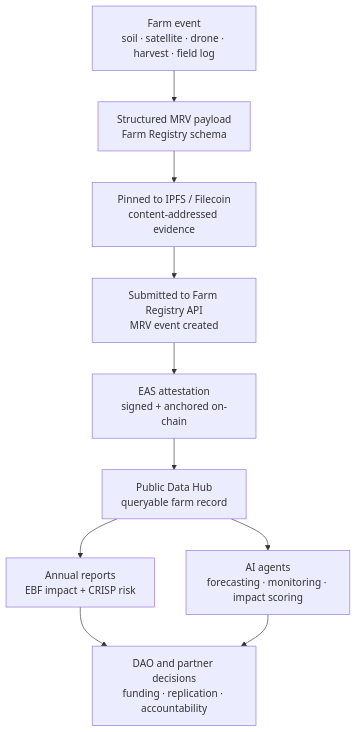
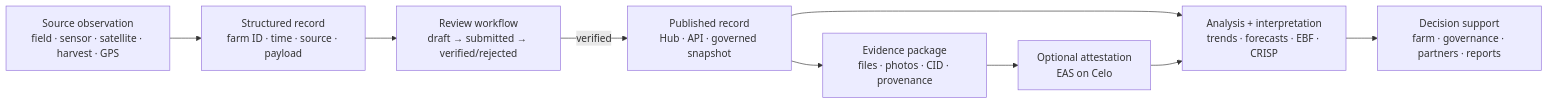
Before and after one commit to wasalo/Kokonut-Public-Site: the first of 3 diagrams in ecosystem-wiki/kokonut-farms/measurement-reporting-and-verification.mdx, drawn with Mermaid. The commit also changed other lines of this file, not shown here.

Commit message:
docs(kokonut-farms): improve MRV evidence model

````diff
--- a/ecosystem-wiki/kokonut-farms/measurement-reporting-and-verification.mdx
+++ b/ecosystem-wiki/kokonut-farms/measurement-reporting-and-verification.mdx
@@ -75,12 +51,11 @@
 ```mermaid
-flowchart TD
-    A["Farm event\nsoil · satellite · drone · harvest · field log"] --> B["Structured MRV payload\nFarm Registry schema"]
-    B --> C["Pinned to IPFS / Filecoin\ncontent-addressed evidence"]
-    C --> D["Submitted to Farm Registry API\nMRV event created"]
-    D --> E["EAS attestation\nsigned + anchored on-chain"]
-    E --> F["Public Data Hub\nqueryable farm record"]
-    F --> G["Annual reports\nEBF impact + CRISP risk"]
-    F --> H["AI agents\nforecasting · monitoring · impact scoring"]
-    G --> I["DAO and partner decisions\nfunding · replication · accountability"]
-    H --> I
+flowchart LR
+    A["Source observation<br/>field · sensor · satellite · harvest · GPS"] --> B["Structured record<br/>farm ID · time · source · payload"]
+    B --> C["Review workflow<br/>draft → submitted → verified/rejected"]
+    C -->|verified| D["Published record<br/>Hub · API · governed snapshot"]
+    D --> E["Evidence package<br/>files · photos · CID · provenance"]
+    E --> F["Optional attestation<br/>EAS on Celo"]
+    D --> G["Analysis + interpretation<br/>trends · forecasts · EBF · CRISP"]
+    F --> G
+    G --> H["Decision support<br/>farm · governance · partners · reports"]
 ```
````
